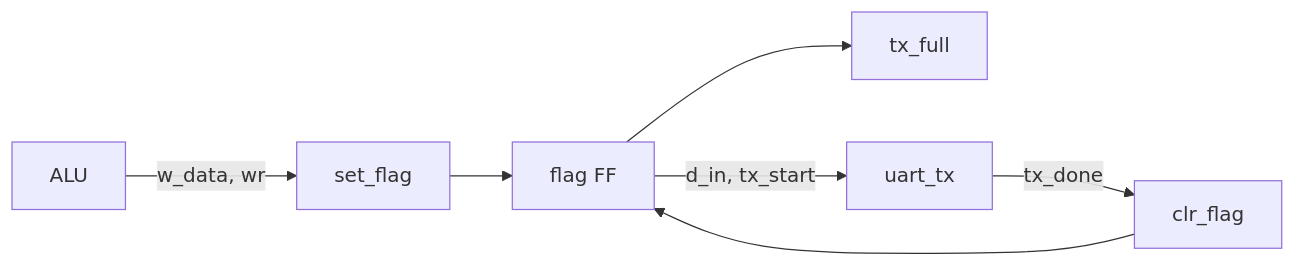
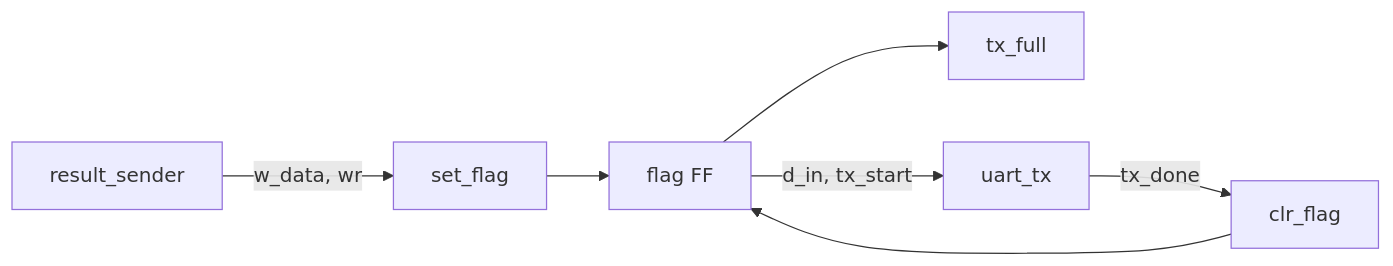
The fifth of 8 diagrams in TP2/README.md (wandamol1405/AdC-Tps), drawn with Mermaid before and after one commit. The commit also changed other lines of this file and 6 other files, not shown here.

````diff
--- a/TP2/README.md
+++ b/TP2/README.md
@@ -224,9 +157,9 @@
 ```mermaid
 flowchart LR
-    ALU["ALU"] -- "w_data, wr" --> SETFLAG["set_flag"]
+    SENDER["result_sender"] -- "w_data, wr" --> SETFLAG["set_flag"]
     SETFLAG --> FLAG["flag FF"]
     FLAG --> TXFULL["tx_full"]
     FLAG -- "d_in, tx_start" --> TX["uart_tx"]
     TX -- "tx_done" --> CLRFLAG["clr_flag"]
     CLRFLAG --> FLAG
 ```
````
